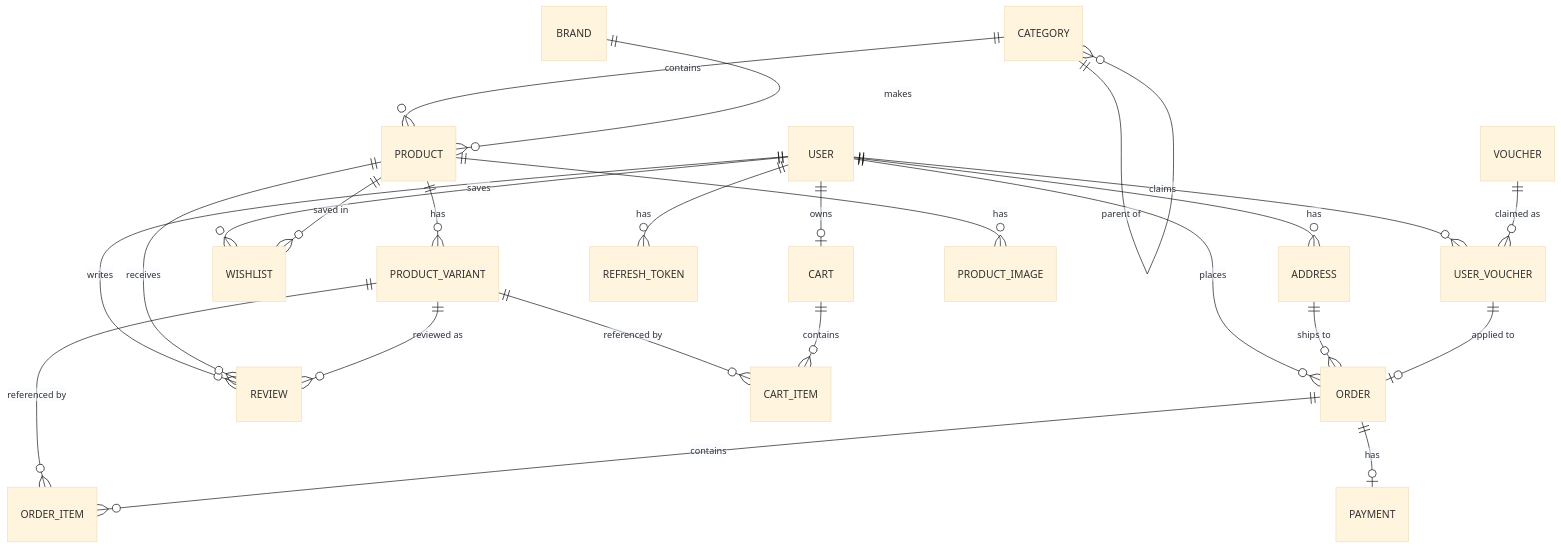
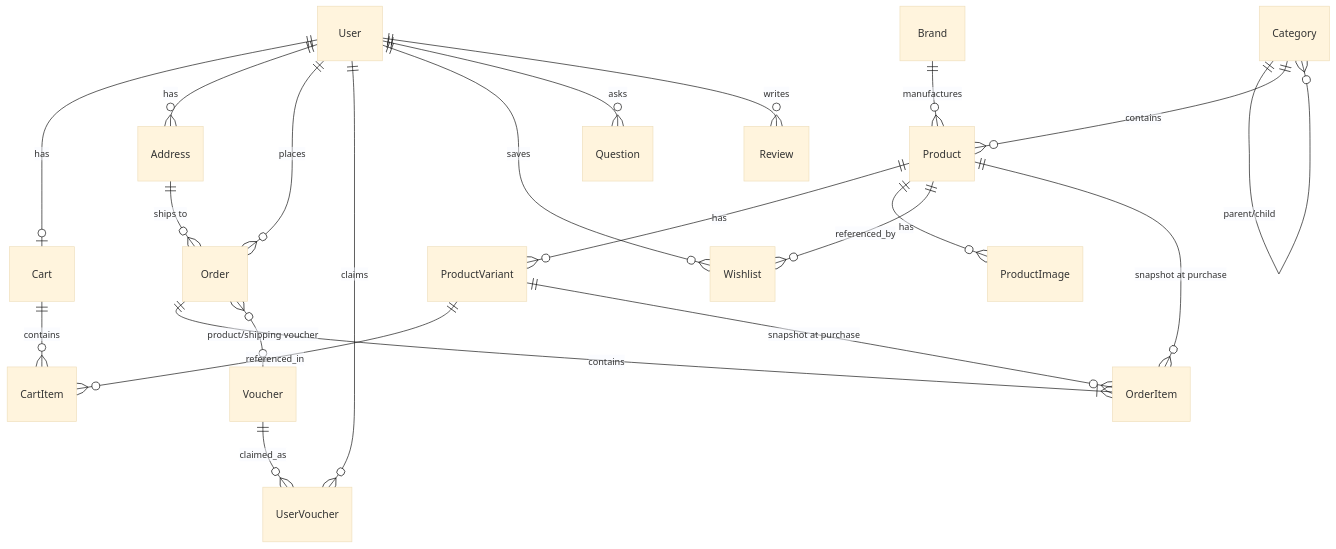
One commit to batanvlog2503/PCStore changed the second of 4 diagrams in README.md. Above: the diagram before and after it, drawn with Mermaid (base theme). The commit also changed other lines of this file, not shown here.

````diff
--- a/README.md
+++ b/README.md
@@ -238,32 +505,29 @@
 ```mermaid
 erDiagram
-    USER ||--o{ ADDRESS : has
-    USER ||--o| CART : owns
-    USER ||--o{ ORDER : places
-    USER ||--o{ WISHLIST : saves
-    USER ||--o{ REVIEW : writes
-    USER ||--o{ USER_VOUCHER : claims
-    USER ||--o{ REFRESH_TOKEN : has
+    User ||--o| Cart : has
+    User ||--o{ Address : has
+    User ||--o{ Order : places
+    User ||--o{ UserVoucher : claims
+    User ||--o{ Wishlist : saves
+    User ||--o{ Question : asks
+    User ||--o{ Review : writes
 
-    CATEGORY ||--o{ CATEGORY : "parent of"
-    CATEGORY ||--o{ PRODUCT : contains
-    BRAND ||--o{ PRODUCT : makes
+    Category ||--o{ Category : "parent/child"
+    Category ||--o{ Product : contains
+    Brand ||--o{ Product : manufactures
 
-    PRODUCT ||--o{ PRODUCT_VARIANT : has
-    PRODUCT ||--o{ PRODUCT_IMAGE : has
-    PRODUCT ||--o{ REVIEW : receives
-    PRODUCT ||--o{ WISHLIST : "saved in"
+    Product ||--o{ ProductVariant : has
+    Product ||--o{ ProductImage : has
+    Product ||--o{ Wishlist : referenced_by
 
-    PRODUCT_VARIANT ||--o{ CART_ITEM : "referenced by"
-    PRODUCT_VARIANT ||--o{ ORDER_ITEM : "referenced by"
-    PRODUCT_VARIANT ||--o{ REVIEW : "reviewed as"
+    Cart ||--o{ CartItem : contains
+    ProductVariant ||--o{ CartItem : referenced_in
 
-    CART ||--o{ CART_ITEM : contains
+    Order ||--|{ OrderItem : contains
+    Order }o--o| Voucher : "product/shipping voucher"
+    Address ||--o{ Order : "ships to"
 
-    ORDER ||--o{ ORDER_ITEM : contains
-    ORDER ||--o| PAYMENT : has
-    ADDRESS ||--o{ ORDER : "ships to"
-
-    VOUCHER ||--o{ USER_VOUCHER : "claimed as"
-    USER_VOUCHER ||--o| ORDER : "applied to"
+    Voucher ||--o{ UserVoucher : claimed_as
+    ProductVariant ||--o{ OrderItem : "snapshot at purchase"
+    Product ||--o{ OrderItem : "snapshot at purchase"
 ```
````
